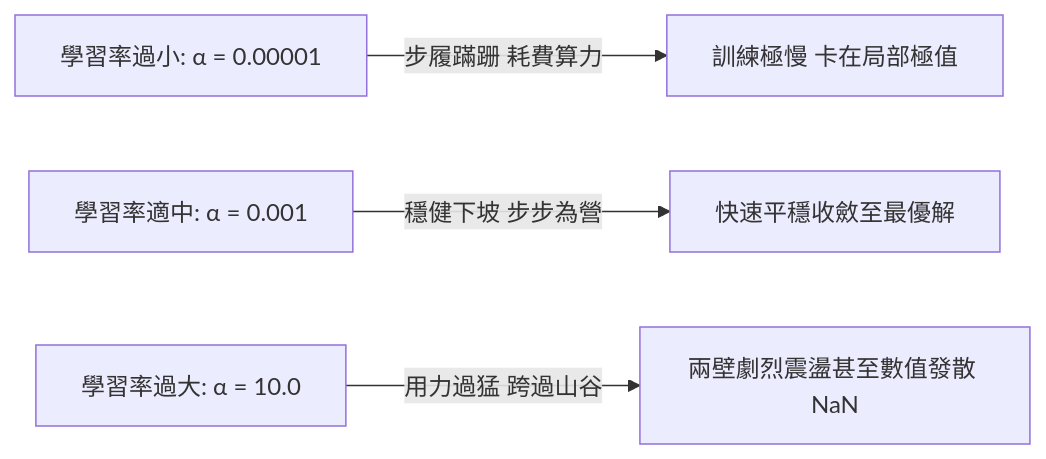
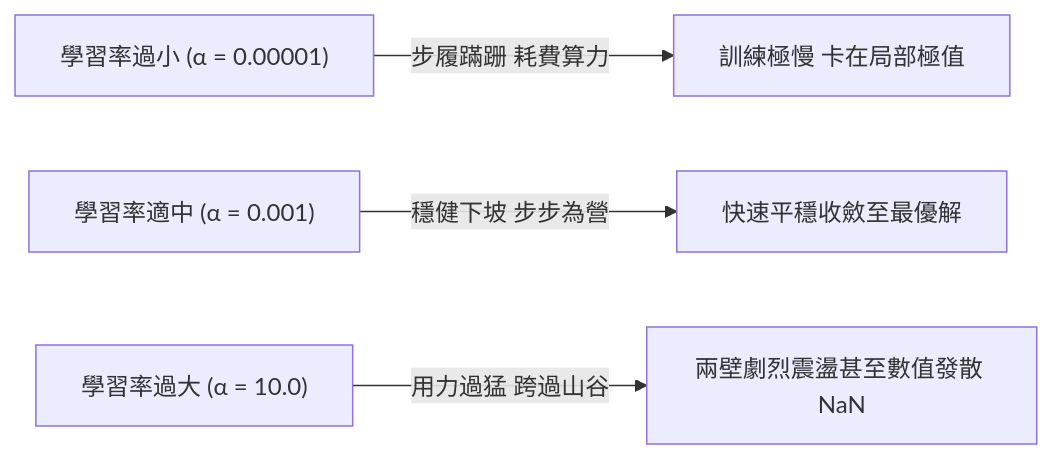
Before and after one commit to roberthsu2003/machine_learning: the first of 2 diagrams in 名詞解釋/06_優化算法/README.md, drawn with Mermaid. The commit also changed other lines of this file and 5 other files, not shown here.

````diff
--- a/名詞解釋/06_優化算法/README.md
+++ b/名詞解釋/06_優化算法/README.md
@@ -59,6 +59,6 @@
 ```mermaid
-graph LR
-    Small[學習率過小: α = 0.00001] -->|步履蹣跚 耗費算力| Slow[訓練極慢 卡在局部極值]
-    Moderate[學習率適中: α = 0.001] -->|穩健下坡 步步為營| Optimal[快速平穩收斂至最優解]
-    Large[學習率過大: α = 10.0] -->|用力過猛 跨過山谷| Diverge[兩壁劇烈震盪甚至數值發散 NaN]
+flowchart LR
+    Small["學習率過小 (α = 0.00001)"] -->|"步履蹣跚 耗費算力"| Slow["訓練極慢 卡在局部極值"]
+    Moderate["學習率適中 (α = 0.001)"] -->|"穩健下坡 步步為營"| Optimal["快速平穩收斂至最優解"]
+    Large["學習率過大 (α = 10.0)"] -->|"用力過猛 跨過山谷"| Diverge["兩壁劇烈震盪甚至數值發散 NaN"]
 ```
````
